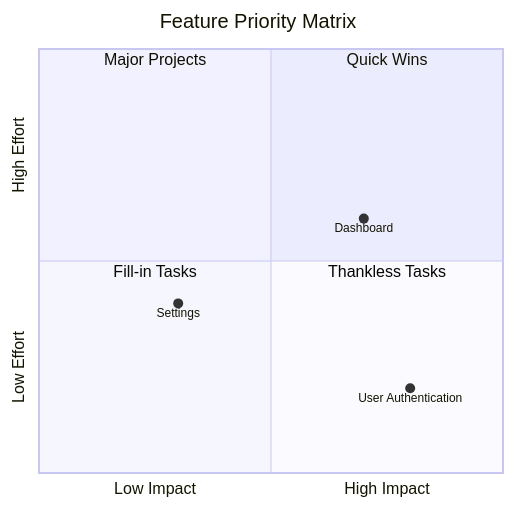
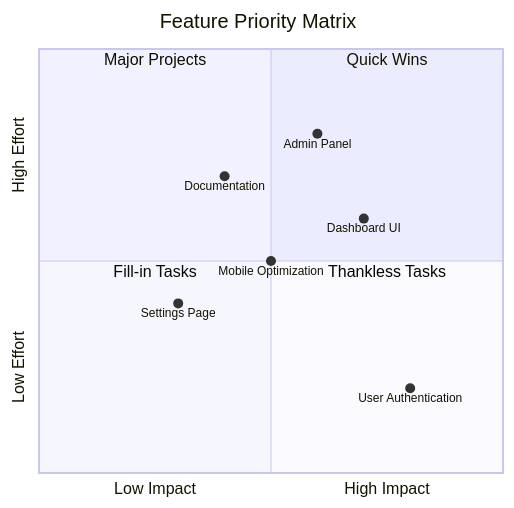
One commit to modu-ai/moai-adk changed diagram 16 of 27 in .claude/skills/moai-mermaid-diagram-expert/SKILL.md. Above: the diagram before and after it, drawn with Mermaid. The commit also changed other lines of this file and 13 other files, not shown here.

First line of the commit message:
refactor(skill): consolidate mermaid-diagram-expert to v5.0.0 with uv run support

````diff
--- a/.claude/skills/moai-mermaid-diagram-expert/SKILL.md
+++ b/.claude/skills/moai-mermaid-diagram-expert/SKILL.md
@@ -102,13 +688,18 @@
 ```mermaid
 quadrantChart
     title Feature Priority Matrix
-    x-axis "Low Impact" --> "High Impact"
-    y-axis "Low Effort" --> "High Effort"
-    quadrant-1 "Quick Wins"
-    quadrant-2 "Major Projects"
-    quadrant-3 "Fill-in Tasks"
-    quadrant-4 "Thankless Tasks"
-    "User Authentication": [0.8, 0.2]
-    "Dashboard": [0.7, 0.6]
-    "Settings": [0.3, 0.4]
+    x-axis Low Impact --> High Impact
+    y-axis Low Effort --> High Effort
+    
+    quadrant-1 Quick Wins
+    quadrant-2 Major Projects
+    quadrant-3 Fill-in Tasks
+    quadrant-4 Thankless Tasks
+    
+    User Authentication: [0.8, 0.2]
+    Dashboard UI: [0.7, 0.6]
+    Admin Panel: [0.6, 0.8]
+    Settings Page: [0.3, 0.4]
+    Mobile Optimization: [0.5, 0.5]
+    Documentation: [0.4, 0.7]
 ```
````
